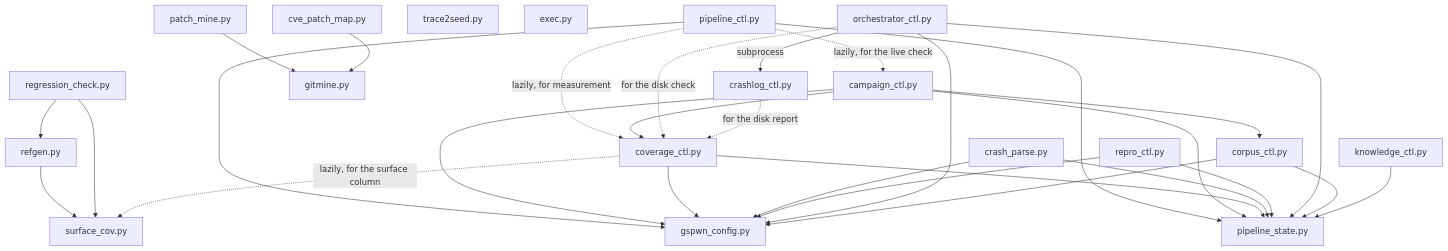
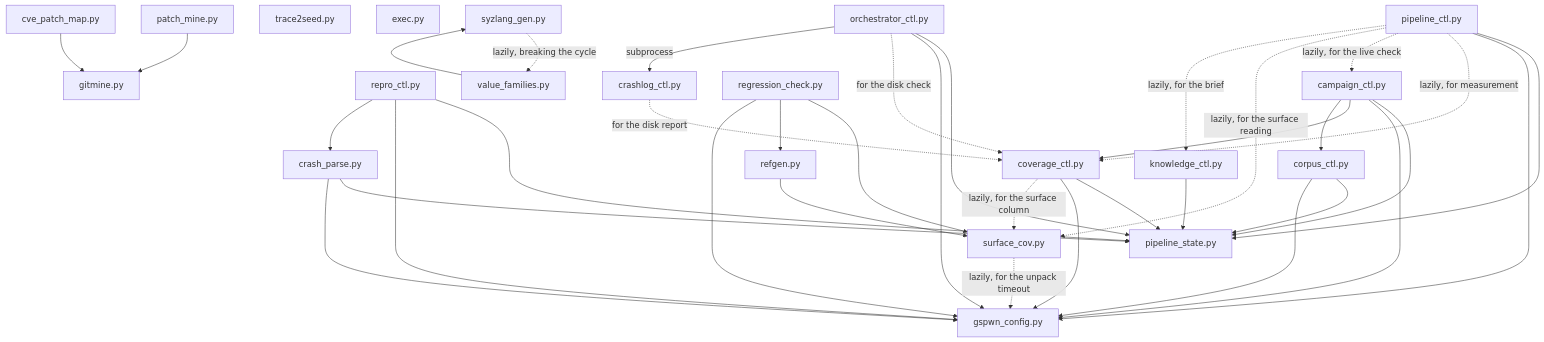
Before and after one commit to Indspl0it/gspwn: the diagram in docs/src/content/docs/architecture/components/index.md, drawn with Mermaid. The commit also changed other lines of this file and 129 other files, not shown here.

````diff
--- a/docs/src/content/docs/architecture/components/index.md
+++ b/docs/src/content/docs/architecture/components/index.md
@@ -77,49 +65,57 @@
 ```mermaid
 flowchart TB
   CFG["gspwn_config.py"]
   PS["pipeline_state.py"]
 
   PC["pipeline_ctl.py"] --> PS
   PC --> CFG
   PC -.->|"lazily, for measurement"| CC
   PC -.->|"lazily, for the live check"| CAM
+  PC -.->|"lazily, for the surface reading"| SC
+  PC -.->|"lazily, for the brief"| KC
 
   CAM["campaign_ctl.py"] --> PS
   CAM --> CFG
   CAM --> CC["coverage_ctl.py"]
   CAM --> CO["corpus_ctl.py"]
 
   CC --> PS
   CC --> CFG
 
   CP["crash_parse.py"] --> PS
   CP --> CFG
 
   RC["repro_ctl.py"] --> PS
   RC --> CFG
+  RC --> CP
 
   OC["orchestrator_ctl.py"] --> PS
   OC --> CFG
   OC -.->|"for the disk check"| CC
   OC -->|"subprocess"| CL["crashlog_ctl.py"]
 
   CO --> PS
   CO --> CFG
 
   KC["knowledge_ctl.py"] --> PS
 
   CL -.->|"for the disk report"| CC
 
   TS["trace2seed.py"]
   EX["exec.py"]
 
   GM["gitmine.py"]
   PM["patch_mine.py"] --> GM
   CPM["cve_patch_map.py"] --> GM
 
   SC["surface_cov.py"]
+  SC -.->|"lazily, for the unpack timeout"| CFG
   RG["refgen.py"] --> SC
   RCH["regression_check.py"] --> SC
   RCH --> RG
+  RCH --> CFG
   CC -.->|"lazily, for the surface column"| SC
+
+  SG["syzlang_gen.py"] -.->|"lazily, breaking the cycle"| VF
+  VF["value_families.py"] --> SG
 ```
````
